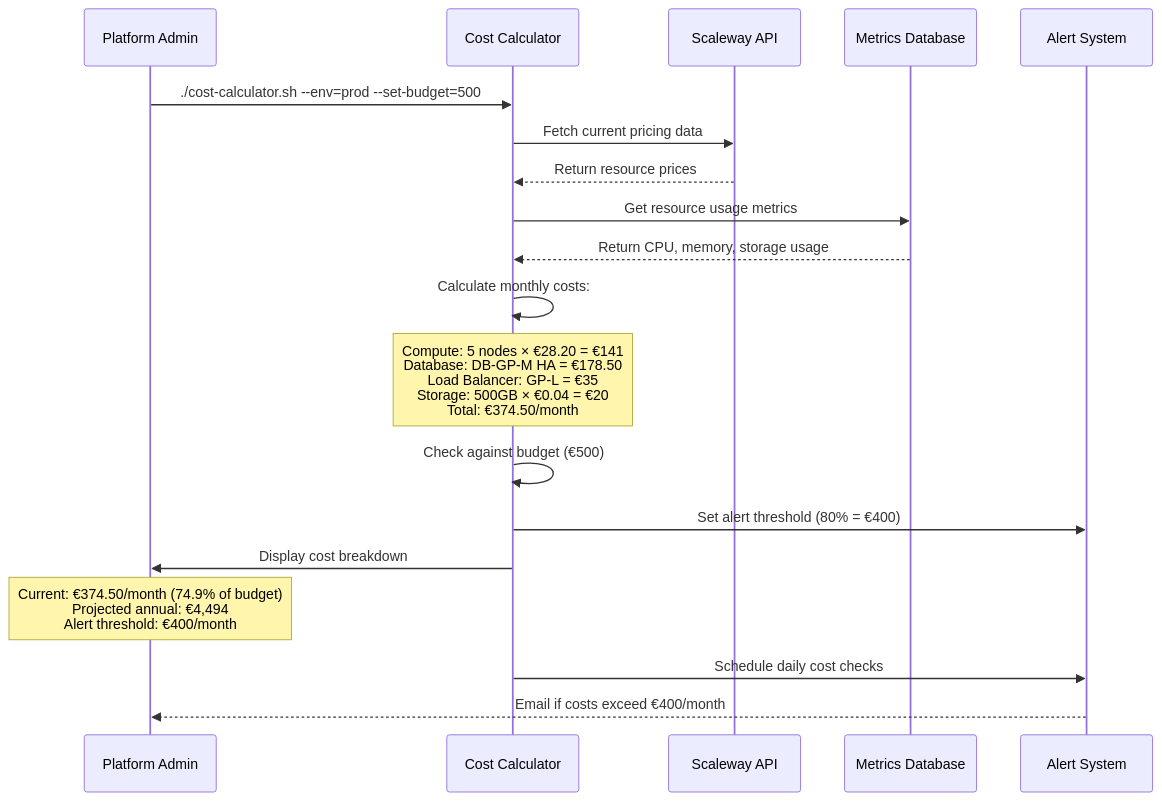
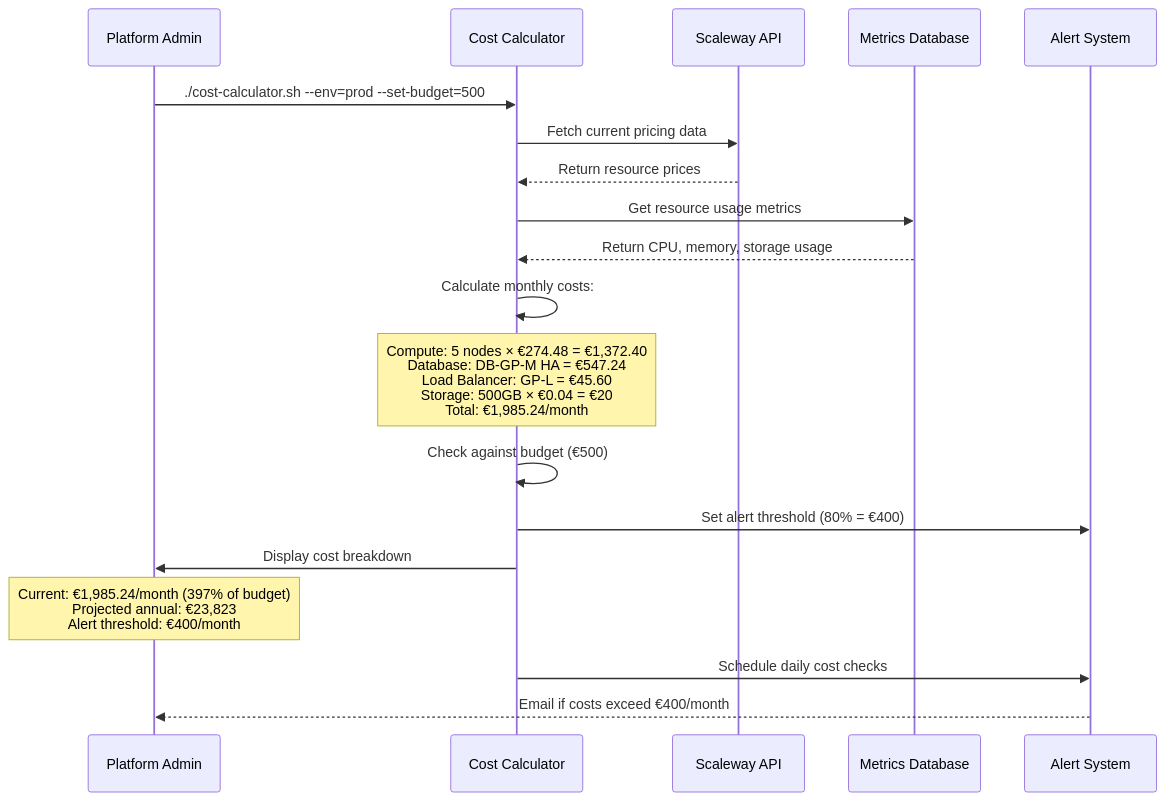
Diagram 17 of 23 in docs/ARCHITECTURE.md (pacphi/bootstrap-coder-on-scaleway), drawn with Mermaid before and after one commit. The commit also changed other lines of this file and 11 other files, not shown here.

````diff
--- a/docs/ARCHITECTURE.md
+++ b/docs/ARCHITECTURE.md
@@ -844,27 +844,27 @@
 ```mermaid
 sequenceDiagram
     participant Admin as Platform Admin
     participant CostCalc as Cost Calculator
     participant ScalewayAPI as Scaleway API
     participant MetricsDB as Metrics Database
     participant AlertSystem as Alert System
 
     Admin->>CostCalc: ./cost-calculator.sh --env=prod --set-budget=500
     CostCalc->>ScalewayAPI: Fetch current pricing data
     ScalewayAPI-->>CostCalc: Return resource prices
 
     CostCalc->>MetricsDB: Get resource usage metrics
     MetricsDB-->>CostCalc: Return CPU, memory, storage usage
 
     CostCalc->>CostCalc: Calculate monthly costs:
-    Note over CostCalc: Compute: 5 nodes × €28.20 = €141<br/>Database: DB-GP-M HA = €178.50<br/>Load Balancer: GP-L = €35<br/>Storage: 500GB × €0.04 = €20<br/>Total: €374.50/month
+    Note over CostCalc: Compute: 5 nodes × €274.48 = €1,372.40<br/>Database: DB-GP-M HA = €547.24<br/>Load Balancer: GP-L = €45.60<br/>Storage: 500GB × €0.04 = €20<br/>Total: €1,985.24/month
 
     CostCalc->>CostCalc: Check against budget (€500)
     CostCalc->>AlertSystem: Set alert threshold (80% = €400)
 
     CostCalc->>Admin: Display cost breakdown
-    Note over Admin: Current: €374.50/month (74.9% of budget)<br/>Projected annual: €4,494<br/>Alert threshold: €400/month
+    Note over Admin: Current: €1,985.24/month (397% of budget)<br/>Projected annual: €23,823<br/>Alert threshold: €400/month
 
     CostCalc->>AlertSystem: Schedule daily cost checks
     AlertSystem-->>Admin: Email if costs exceed €400/month
 ```
````
